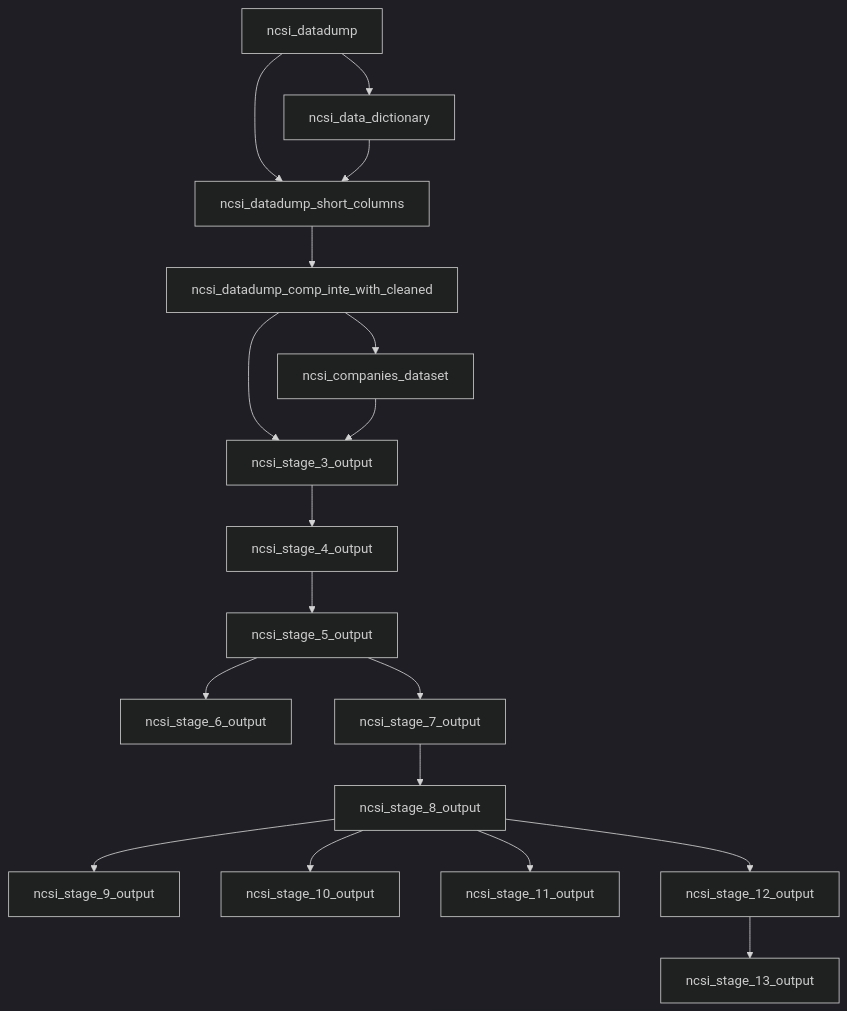
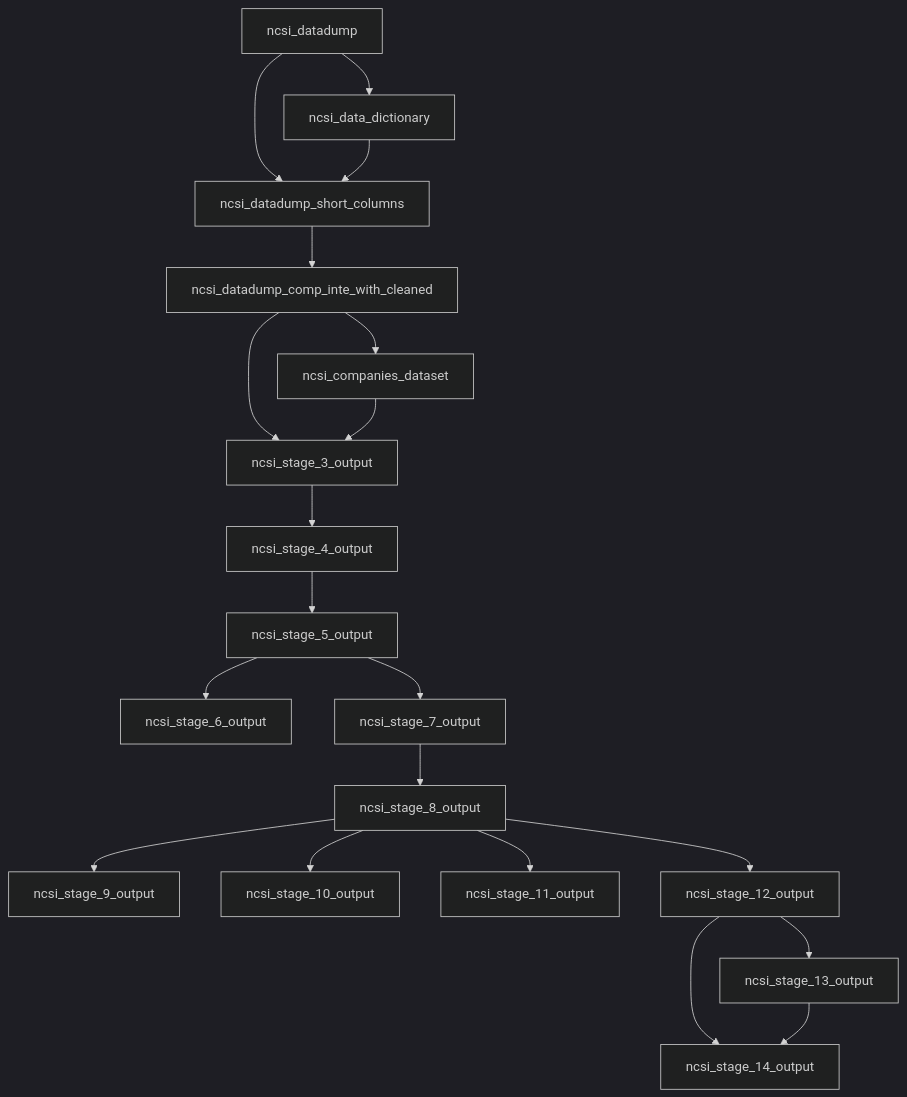
Before and after one commit to techsupport-Apercu/Dagster-Data-Quality-Standards-Verification-Project: the diagram in Dagster/README.md, drawn with Mermaid (dark theme). The commit also changed other lines of this file and 4 other files, not shown here.

````diff
--- a/Dagster/README.md
+++ b/Dagster/README.md
@@ -7,20 +7,22 @@
 ```mermaid
 graph TD
      A[ncsi_datadump] --> B[ncsi_data_dictionary]
      A --> C[ncsi_datadump_short_columns]
      B --> C
      C --> D[ncsi_datadump_comp_inte_with_cleaned]
      D --> E[ncsi_companies_dataset]
      D --> F[ncsi_stage_3_output]
      E --> F
      F --> G[ncsi_stage_4_output]
      G --> H[ncsi_stage_5_output]
     H --> I[ncsi_stage_6_output]
     H --> J[ncsi_stage_7_output]
     J --> K[ncsi_stage_8_output]
     K --> L[ncsi_stage_9_output]
     K --> M[ncsi_stage_10_output]
     K --> N[ncsi_stage_11_output]
     K --> O[ncsi_stage_12_output]
     O --> P[ncsi_stage_13_output]
+    O --> Q[ncsi_stage_14_output]
+    P --> Q
 ```
````
